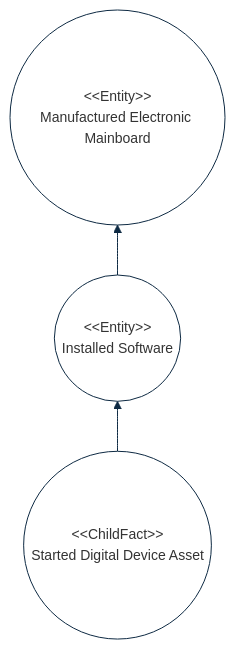
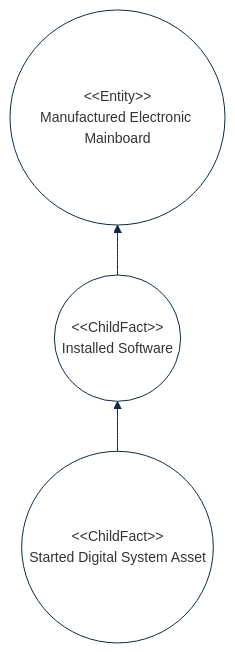
One commit to cybnity/foundation changed the second of 2 diagrams in implementations-line/framework/immutable/README.md. Above: the diagram before and after it, drawn with Mermaid.

````diff
--- a/implementations-line/framework/immutable/README.md
+++ b/implementations-line/framework/immutable/README.md
@@ -135,25 +135,25 @@
 ```mermaid
 %%{
   init: {
     'theme': 'base',
     'themeVariables': {
         'background': '#ffffff',
         'fontFamily': 'arial',
         'fontSize': '14px',
         'primaryColor': '#fff',
         'primaryBorderColor': '#0e2a43',
         'secondaryBorderColor': '#0e2a43',
         'tertiaryBorderColor': '#0e2a43',
         'edgeLabelBackground':'#0e2a43',
         'lineColor': '#0e2a43',
         'tertiaryColor': '#fff'
     }
   }
 }%%
 flowchart BT
-    asset(("#60;#60;ChildFact#62;#62;<br/>Started Digital Device Asset")) --> software(("#60;#60;Entity#62;#62;<br/>Installed Software"))
-    software --> board(("#60;#60;Entity#62;#62;<br/>Manufactured Electronic Mainboard"))
+    system(("#60;#60;ChildFact#62;#62;<br/>Started Digital System Asset")) --> software(("#60;#60;ChildFact#62;#62;<br/>Installed Software")) --> board(("#60;#60;Entity#62;#62;<br/>Manufactured Electronic Mainboard"))
+
 
 
 
 ```
````
